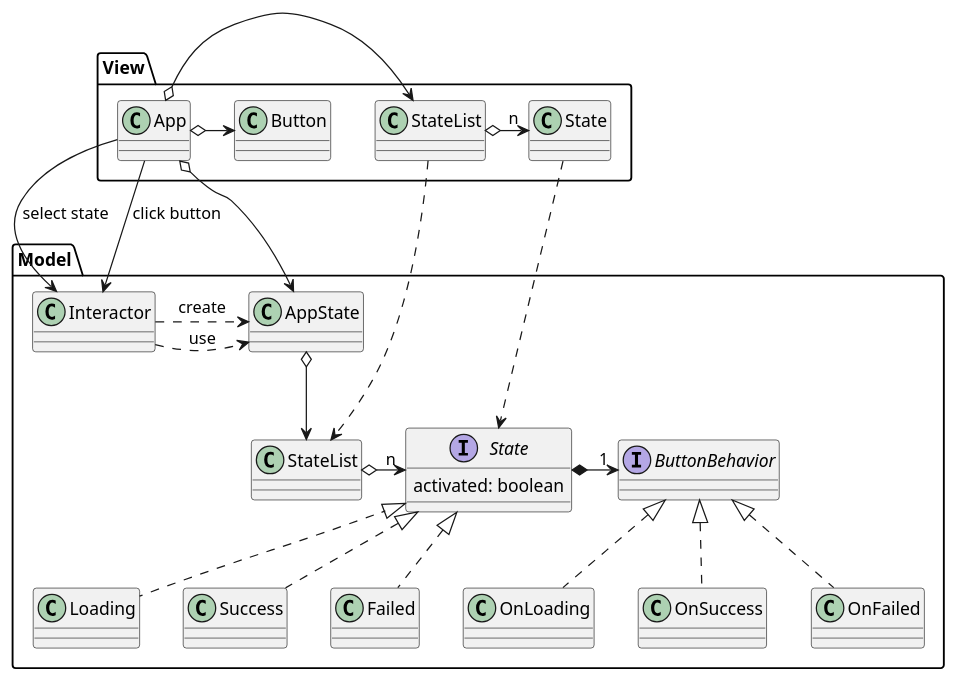
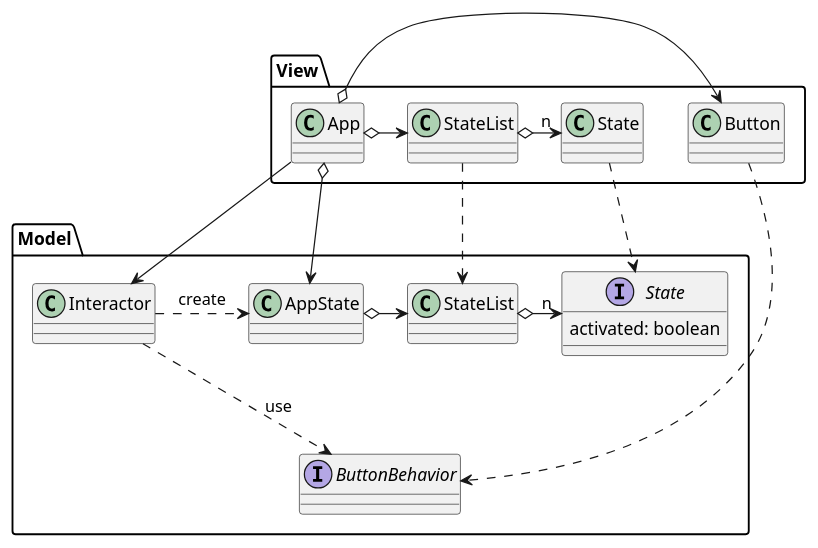
One commit to tooppoo/sample-for-vue-with-design-patterns changed the first of 2 diagrams in docs/strategy.puml. Above: the diagram before and after it, drawn with PlantUML. The commit also changed other lines of this file, not shown here.

Commit message:
ダイアグラム更新

```diff
--- a/docs/strategy.puml
+++ b/docs/strategy.puml
@@ -1,42 +1,32 @@
-@startuml Strategy Pattern
+@startuml View And Model
 package View {
   class App
   class "StateList" as VStateList
   class "State" as VState
   class Button
 
   App o-r-> VStateList
   VStateList o-r-> "n" VState
 
   App o-r-> Button
 }
 
 package Model {
   interface ButtonBehavior
-  ButtonBehavior <|.. OnLoading
-  ButtonBehavior <|.. OnSuccess
-  ButtonBehavior <|.. OnFailed
-
   interface "State" as MState {
     activated: boolean
   }
-  MState <|.. Loading
-  MState <|.. Success
-  MState <|.. Failed
+  class "StateList" as MStateList
+  MStateList o-l-> "n" MState
 
-  MState *-r-> "1" ButtonBehavior
-
-  class "StateList" as MStateList
-  MStateList o-r-> "n" MState
-
-  AppState o--> MStateList
+  AppState o-r-> MStateList
   Interactor .r.> AppState : create
-  Interactor .r.> AppState : use
+  Interactor ..> ButtonBehavior : use
 }
 
-App --> Interactor : select state
-App --> Interactor : click button
+App --> Interactor
 App o--> AppState
 VStateList ..> MStateList
 VState ..> MState
+Button ..> ButtonBehavior
 @enduml
```
